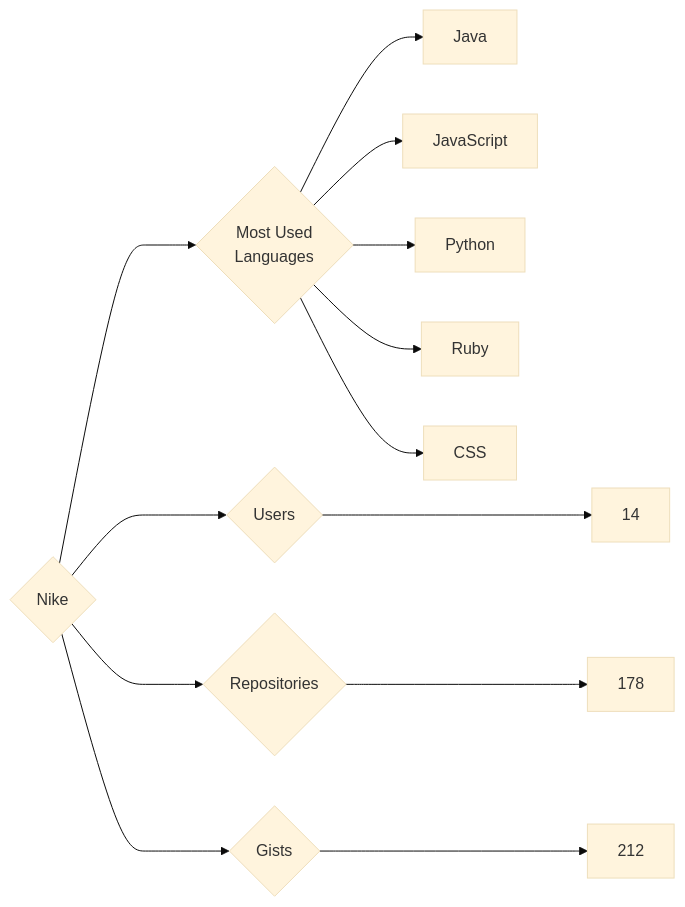
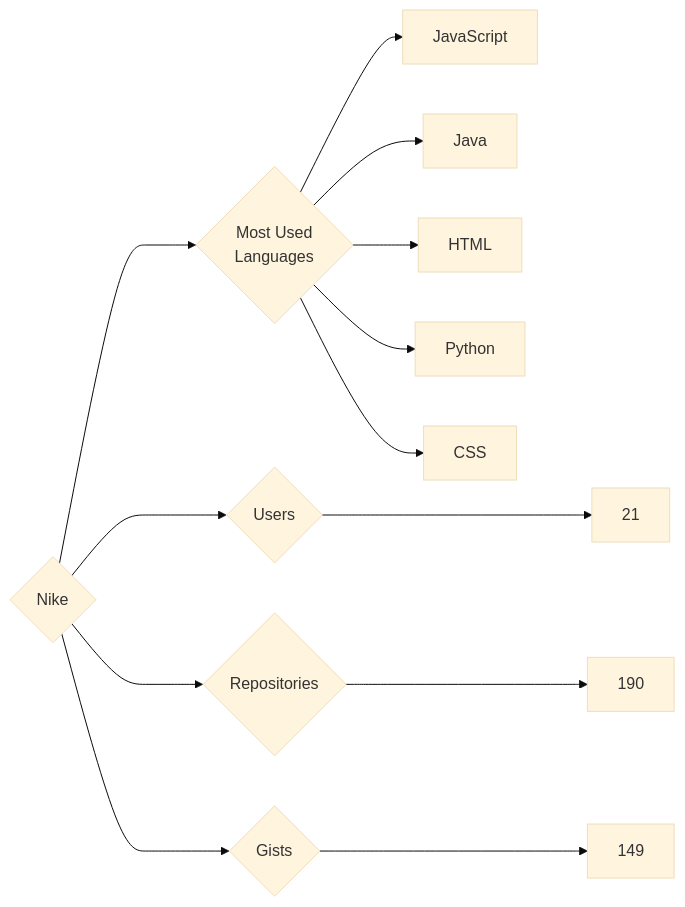
Before and after one commit to trickest/insiders: the diagram in targets/Nike/README.md, drawn with Mermaid (base theme). The commit also changed 851 other files, not shown here.

````diff
--- a/targets/Nike/README.md
+++ b/targets/Nike/README.md
@@ -3,13 +3,13 @@
 ```mermaid
 graph LR
 COMPANY_NAME{Nike}
-COMPANY_NAME ---> U{Users} ---> UN[14]
-COMPANY_NAME ---> R{Repositories} ---> RN[178]
-COMPANY_NAME ---> G{Gists} ---> GN[212]
+COMPANY_NAME ---> U{Users} ---> UN[21]
+COMPANY_NAME ---> R{Repositories} ---> RN[190]
+COMPANY_NAME ---> G{Gists} ---> GN[149]
 COMPANY_NAME ---> ML{Most Used<br>Languages}
+ML --> JavaScript[JavaScript]
 ML --> Java[Java]
-ML --> JavaScript[JavaScript]
+ML --> HTML[HTML]
 ML --> Python[Python]
-ML --> Ruby[Ruby]
 ML --> CSS[CSS]
 ```
````
